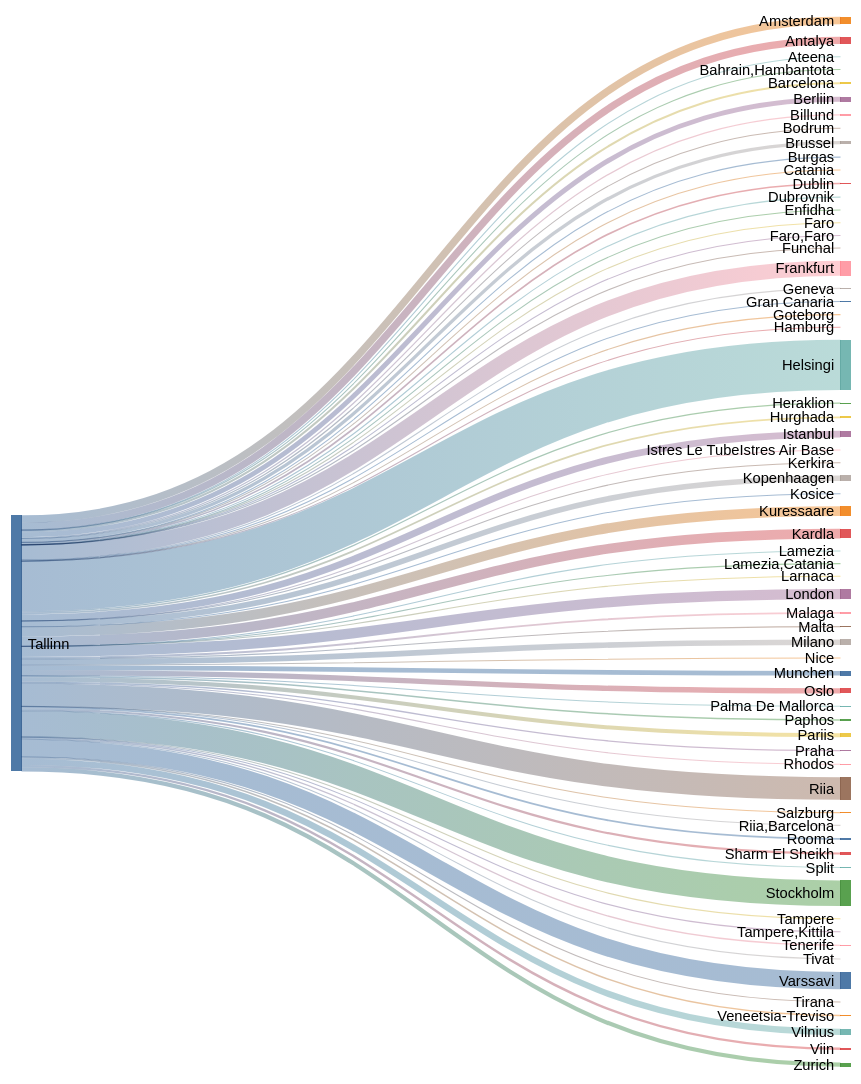
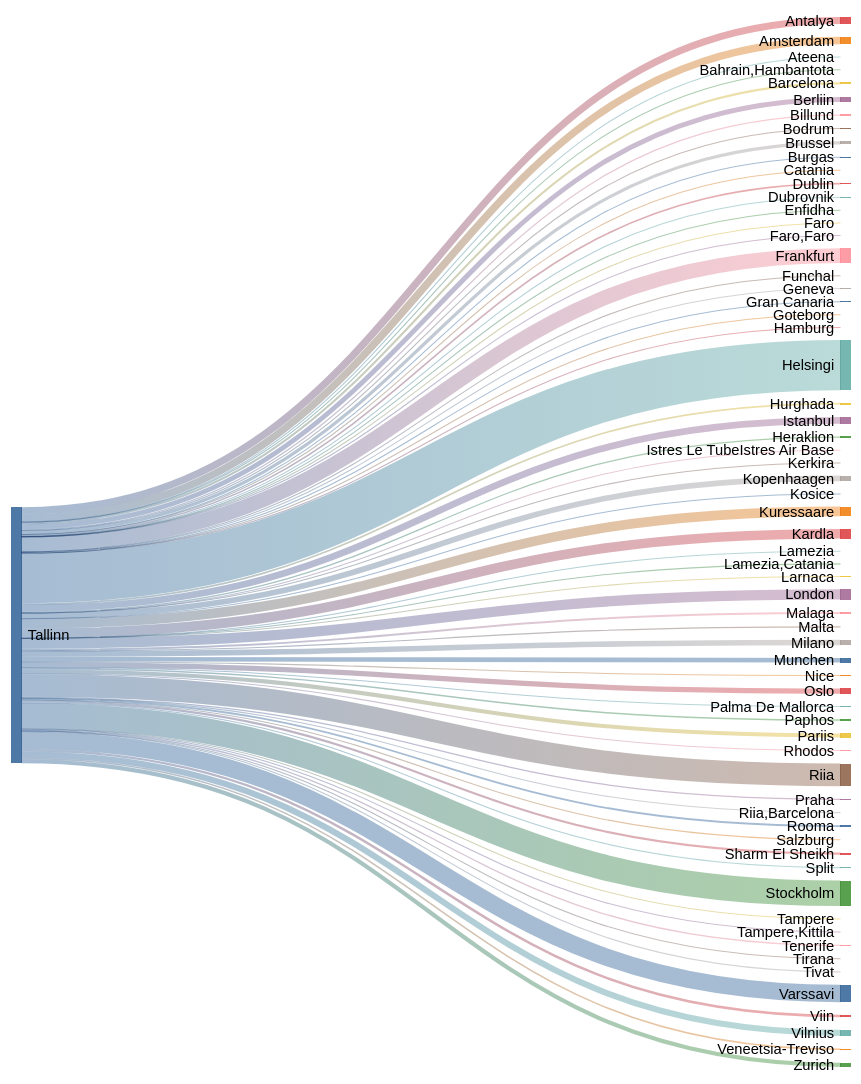
Before and after one commit to rainermesi/tll-airport-departures: the second of 2 diagrams in README.md, drawn with Mermaid (forest theme). The commit also changed other lines of this file and 1 other file, not shown here.

````diff
--- a/README.md
+++ b/README.md
@@ -34,77 +34,77 @@
 ```mermaid
 ---
 config:
   sankey:
     showValues: false
     width: 800
     height: 1000
 ---
 sankey-beta
 %% source,target,value
-Tallinn,Amsterdam,325
-Tallinn,Antalya,316
+Tallinn,Amsterdam,327
+Tallinn,Antalya,319
 Tallinn,Ateena,16
 Tallinn,"Bahrain,Hambantota",1
-Tallinn,Barcelona,89
+Tallinn,Barcelona,91
 Tallinn,Berliin,216
-Tallinn,Billund,53
+Tallinn,Billund,54
 Tallinn,Bodrum,11
 Tallinn,Brussel,142
-Tallinn,Burgas,25
+Tallinn,Burgas,26
 Tallinn,Catania,2
 Tallinn,Dublin,72
 Tallinn,Dubrovnik,21
 Tallinn,Enfidha,7
 Tallinn,Faro,4
 Tallinn,"Faro,Faro",1
-Tallinn,Frankfurt,654
+Tallinn,Frankfurt,657
 Tallinn,Funchal,5
 Tallinn,Geneva,13
 Tallinn,Gran Canaria,38
 Tallinn,Goteborg,1
 Tallinn,Hamburg,2
-Tallinn,Helsingi,2201
-Tallinn,Heraklion,54
+Tallinn,Helsingi,2210
+Tallinn,Heraklion,55
 Tallinn,Hurghada,75
-Tallinn,Istanbul,295
+Tallinn,Istanbul,296
 Tallinn,Istres Le TubeIstres Air Base,2
 Tallinn,Kerkira,4
-Tallinn,Kopenhaagen,251
+Tallinn,Kopenhaagen,253
 Tallinn,Kosice,1
-Tallinn,Kuressaare,427
-Tallinn,Kardla,427
+Tallinn,Kuressaare,428
+Tallinn,Kardla,428
 Tallinn,Lamezia,1
 Tallinn,"Lamezia,Catania",3
 Tallinn,Larnaca,4
-Tallinn,London,454
-Tallinn,Malaga,85
-Tallinn,Malta,17
+Tallinn,London,455
+Tallinn,Malaga,86
+Tallinn,Malta,18
 Tallinn,Milano,249
 Tallinn,Munchen,203
 Tallinn,Nice,29
 Tallinn,Oslo,232
-Tallinn,Palma De Mallorca,21
+Tallinn,Palma De Mallorca,22
 Tallinn,Paphos,66
 Tallinn,Pariis,179
 Tallinn,Praha,56
 Tallinn,Rhodos,37
-Tallinn,Riia,992
+Tallinn,Riia,996
 Tallinn,"Riia,Barcelona",1
 Tallinn,Rooma,80
 Tallinn,Salzburg,14
 Tallinn,Sharm El Sheikh,93
 Tallinn,Split,30
-Tallinn,Stockholm,1123
+Tallinn,Stockholm,1126
 Tallinn,Tampere,17
 Tallinn,"Tampere,Kittila",21
 Tallinn,Tenerife,58
 Tallinn,Tirana,10
 Tallinn,Tivat,32
-Tallinn,Varssavi,761
+Tallinn,Varssavi,764
 Tallinn,Veneetsia-Treviso,67
 Tallinn,Viin,106
 Tallinn,Vilnius,272
-Tallinn,Zurich,184
+Tallinn,Zurich,185
 
 
 ```
````
